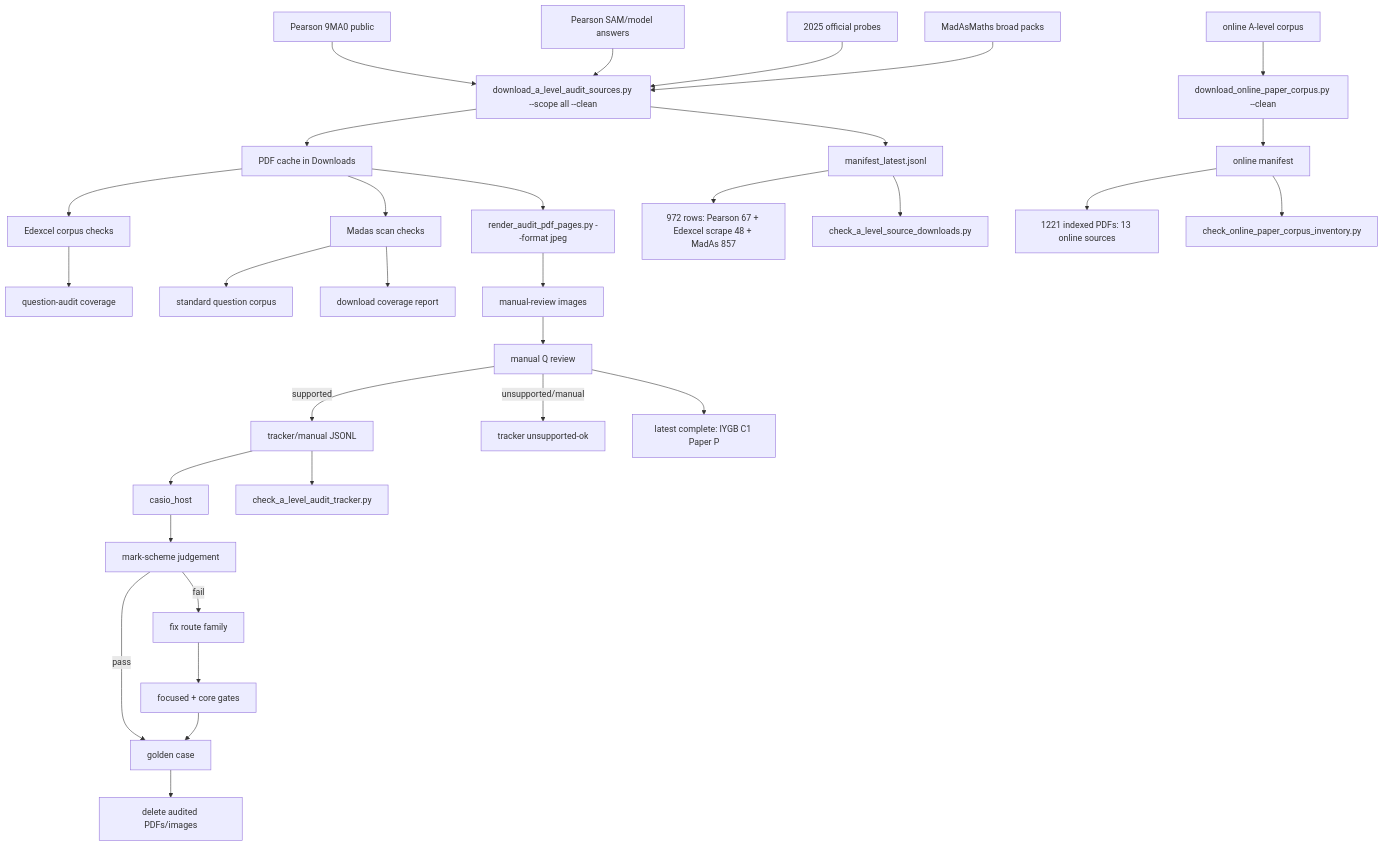
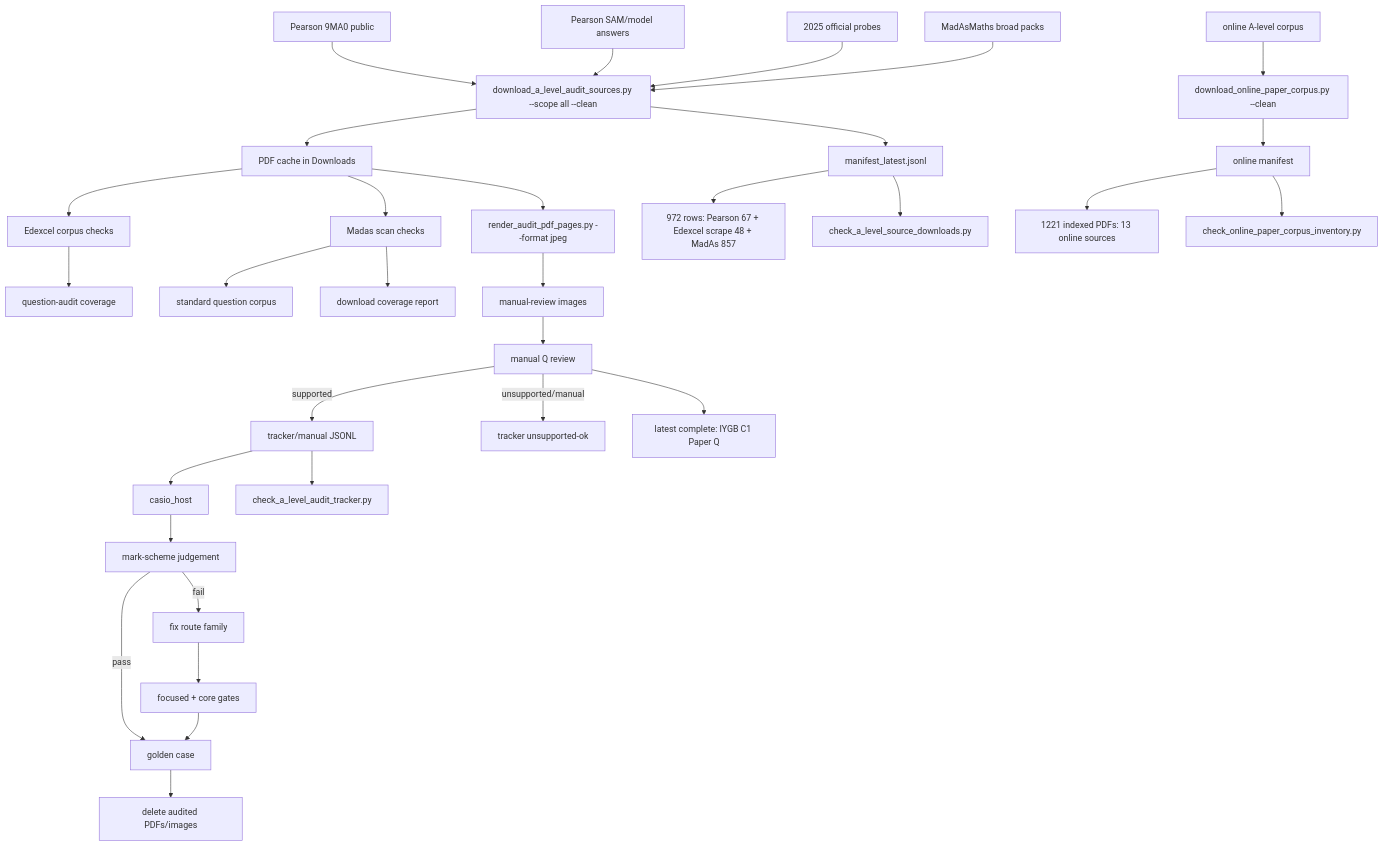
The diagram in c++/tools/golden/a_level_audit_graph.md (james8464/notes-addin-casio-fx-cg50), drawn with Mermaid before and after one commit. The commit also changed other lines of this file and 2 other files, not shown here.

Commit message:
Audit IYGB C1 Paper Q

````diff
--- a/c++/tools/golden/a_level_audit_graph.md
+++ b/c++/tools/golden/a_level_audit_graph.md
@@ -3,34 +3,34 @@
 ```mermaid
 graph TD
   E1["Pearson 9MA0 public"] --> D["download_a_level_audit_sources.py --scope all --clean"]
   E2["Pearson SAM/model answers"] --> D
   E3["2025 official probes"] --> D
   M1["MadAsMaths broad packs"] --> D
   O1["online A-level corpus"] --> OD["download_online_paper_corpus.py --clean"]
   D --> P["PDF cache in Downloads"]
   D --> X["manifest_latest.jsonl"]
   OD --> OX["online manifest"]
   X --> XC["972 rows: Pearson 67 + Edexcel scrape 48 + MadAs 857"]
   OX --> OC["1221 indexed PDFs: 13 online sources"]
   X --> V["check_a_level_source_downloads.py"]
   OX --> OV["check_online_paper_corpus_inventory.py"]
   P --> E["Edexcel corpus checks"]
   E --> EQ["question-audit coverage"]
   P --> S["Madas scan checks"]
   S --> M["standard question corpus"]
   S --> MC["download coverage report"]
   P --> R["render_audit_pdf_pages.py --format jpeg"]
   R --> I["manual-review images"]
   I --> Q["manual Q review"]
   Q -->|supported| J["tracker/manual JSONL"]
   Q -->|unsupported/manual| U["tracker unsupported-ok"]
   J --> H["casio_host"]
   J --> K["check_a_level_audit_tracker.py"]
   H --> C["mark-scheme judgement"]
   C -->|pass| G["golden case"]
   C -->|fail| F["fix route family"]
   F --> T["focused + core gates"]
   T --> G
   G --> Z["delete audited PDFs/images"]
-  Q --> Qt["latest complete: IYGB C1 Paper P"]
+  Q --> Qt["latest complete: IYGB C1 Paper Q"]
 ```
````
